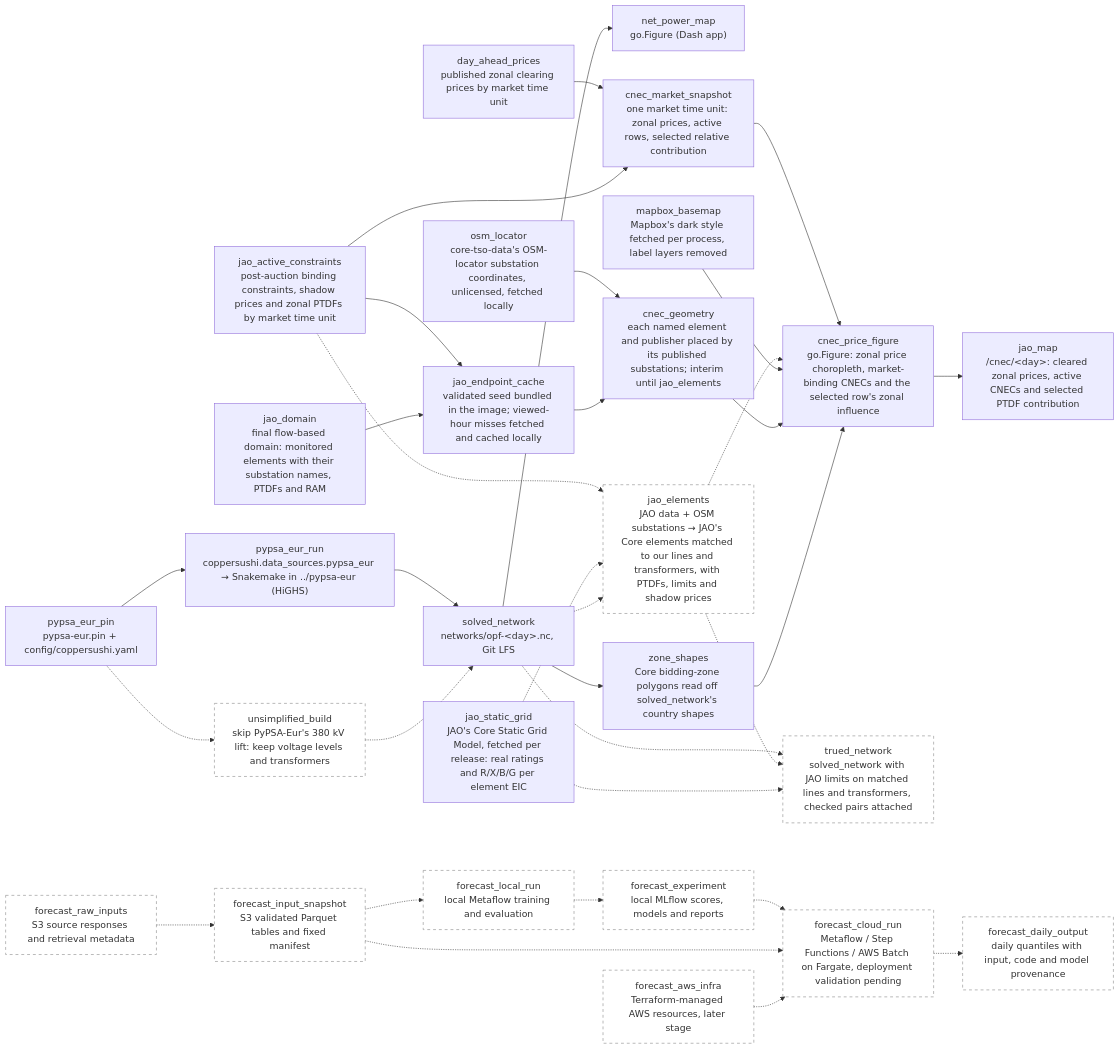
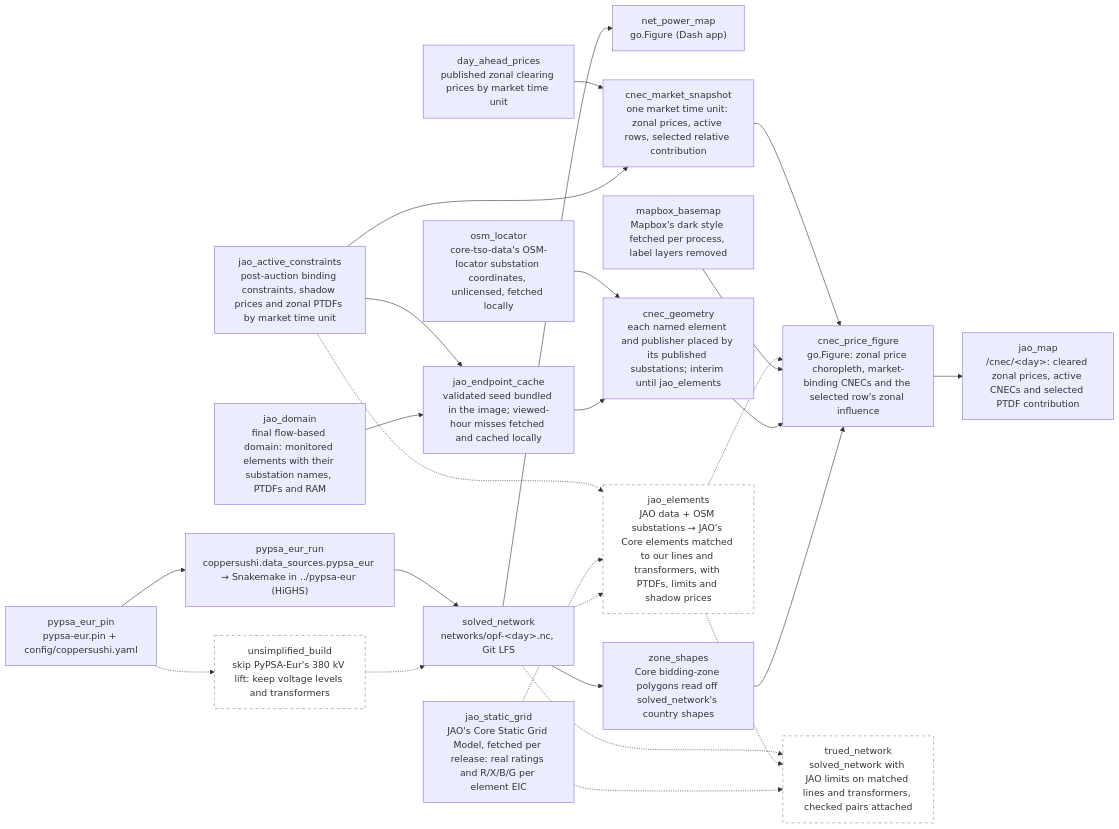
Before and after one commit to zoltanmaric/coppersushi: the diagram in wiki/sushi-2.md, drawn with Mermaid. The commit also changed other lines of this file and 7 other files, not shown here.

First line of the commit message:
Give forecasting its own product architecture page

````diff
--- a/wiki/sushi-2.md
+++ b/wiki/sushi-2.md
@@ -17,70 +17,52 @@
 ```mermaid
 flowchart LR
     classDef planned stroke-dasharray: 5 5,stroke:#888,fill:none
 
     net_power_map["net_power_map<br/>go.Figure (Dash app)"]
 
     pypsa_eur_pin["pypsa_eur_pin<br/>pypsa-eur.pin + config/coppersushi.yaml"]
     pypsa_eur_run["pypsa_eur_run<br/>coppersushi.data_sources.pypsa_eur → Snakemake in ../pypsa-eur (HiGHS)"]
     solved_network["solved_network<br/>networks/opf-&lt;day&gt;.nc, Git LFS"]
     jao_active_constraints["jao_active_constraints<br/>post-auction binding constraints, shadow prices and zonal PTDFs by market time unit"]
     jao_domain["jao_domain<br/>final flow-based domain: monitored elements with their substation names, PTDFs and RAM"]
     jao_endpoint_cache["jao_endpoint_cache<br/>validated seed bundled in the image; viewed-hour misses fetched and cached locally"]
     osm_locator["osm_locator<br/>core-tso-data's OSM-locator substation coordinates, unlicensed, fetched locally"]
     cnec_geometry["cnec_geometry<br/>each named element and publisher placed by its published substations; interim until jao_elements"]
     zone_shapes["zone_shapes<br/>Core bidding-zone polygons read off solved_network's country shapes"]
     mapbox_basemap["mapbox_basemap<br/>Mapbox's dark style fetched per process, label layers removed"]
 
     jao_static_grid["jao_static_grid<br/>JAO's Core Static Grid Model, fetched per release: real ratings and R/X/B/G per element EIC"]
 
     unsimplified["unsimplified_build<br/>skip PyPSA-Eur's 380 kV lift: keep voltage levels and transformers"]:::planned
     jao_elements["jao_elements<br/>JAO data + OSM substations → JAO's Core elements matched to our lines and transformers, with PTDFs, limits and shadow prices"]:::planned
     day_ahead_prices["day_ahead_prices<br/>published zonal clearing prices by market time unit"]
     cnec_market_snapshot["cnec_market_snapshot<br/>one market time unit: zonal prices, active rows, selected relative contribution"]
     cnec_price_figure["cnec_price_figure<br/>go.Figure: zonal price choropleth, market-binding CNECs and the selected row's zonal influence"]
     jao_map["jao_map<br/>/cnec/&lt;day&gt;: cleared zonal prices, active CNECs and selected PTDF contribution"]
     trued_network["trued_network<br/>solved_network with JAO limits on matched lines and transformers, checked pairs attached"]:::planned
 
-    forecast_raw_inputs["forecast_raw_inputs<br/>S3 source responses and retrieval metadata"]:::planned
-    forecast_input_snapshot["forecast_input_snapshot<br/>S3 validated Parquet tables and fixed manifest"]:::planned
-    forecast_local_run["forecast_local_run<br/>local Metaflow training and evaluation"]:::planned
-    forecast_experiment["forecast_experiment<br/>local MLflow scores, models and reports"]:::planned
-
-    forecast_raw_inputs -.-> forecast_input_snapshot
-    forecast_input_snapshot -.-> forecast_local_run
-    forecast_local_run -.-> forecast_experiment
-
-    forecast_aws_infra["forecast_aws_infra<br/>Terraform-managed AWS resources, later stage"]:::planned
-    forecast_cloud_run["forecast_cloud_run<br/>Metaflow / Step Functions / AWS Batch on Fargate, deployment validation pending"]:::planned
-    forecast_daily_output["forecast_daily_output<br/>daily quantiles with input, code and model provenance"]:::planned
-
-    forecast_aws_infra -.-> forecast_cloud_run
-    forecast_input_snapshot -.-> forecast_cloud_run
-    forecast_experiment -.-> forecast_cloud_run
-    forecast_cloud_run -.-> forecast_daily_output
-
     pypsa_eur_pin --> pypsa_eur_run
     pypsa_eur_pin -.-> unsimplified
     unsimplified -.-> solved_network
     pypsa_eur_run --> solved_network
     solved_network --> net_power_map
     solved_network --> zone_shapes
     zone_shapes --> cnec_price_figure
     jao_domain --> jao_endpoint_cache
     jao_active_constraints --> jao_endpoint_cache
     jao_endpoint_cache --> cnec_geometry
     osm_locator --> cnec_geometry
     cnec_geometry --> cnec_price_figure
     mapbox_basemap --> cnec_price_figure
     solved_network -.-> jao_elements
     jao_static_grid -.-> jao_elements
     jao_static_grid -.-> trued_network
     jao_active_constraints -.-> jao_elements
     jao_active_constraints --> cnec_market_snapshot
     day_ahead_prices --> cnec_market_snapshot
     jao_elements -.-> cnec_price_figure
     cnec_market_snapshot --> cnec_price_figure
     cnec_price_figure --> jao_map
     jao_elements -.-> trued_network
     solved_network -.-> trued_network
 ```
````
